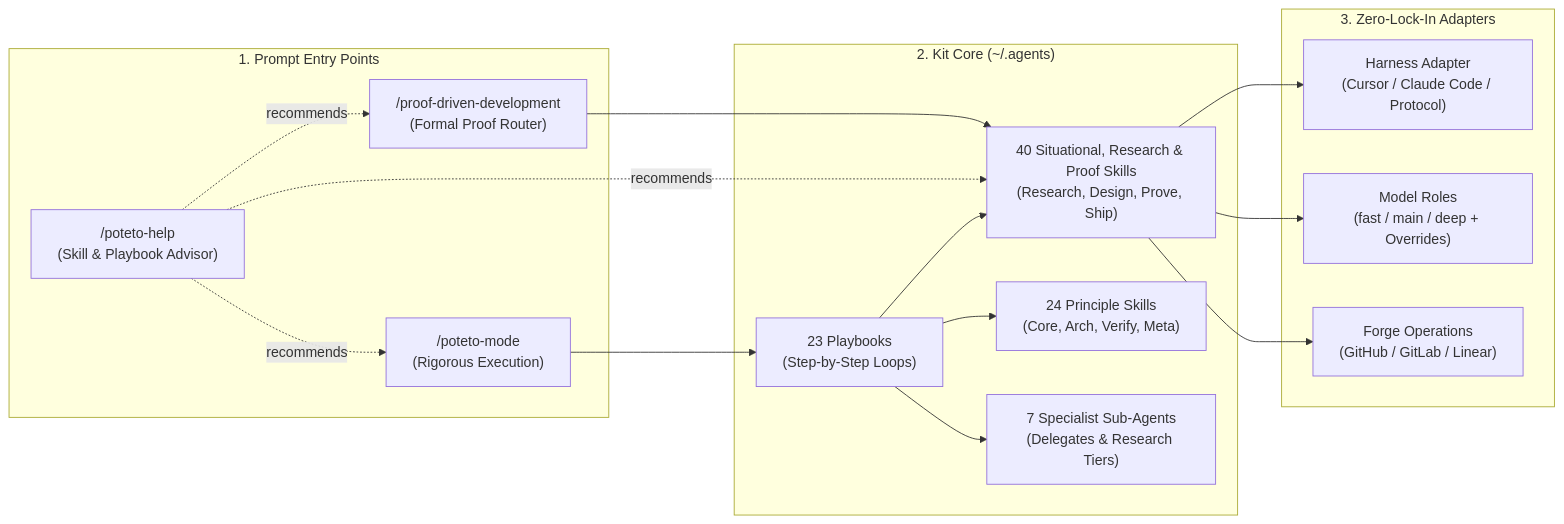
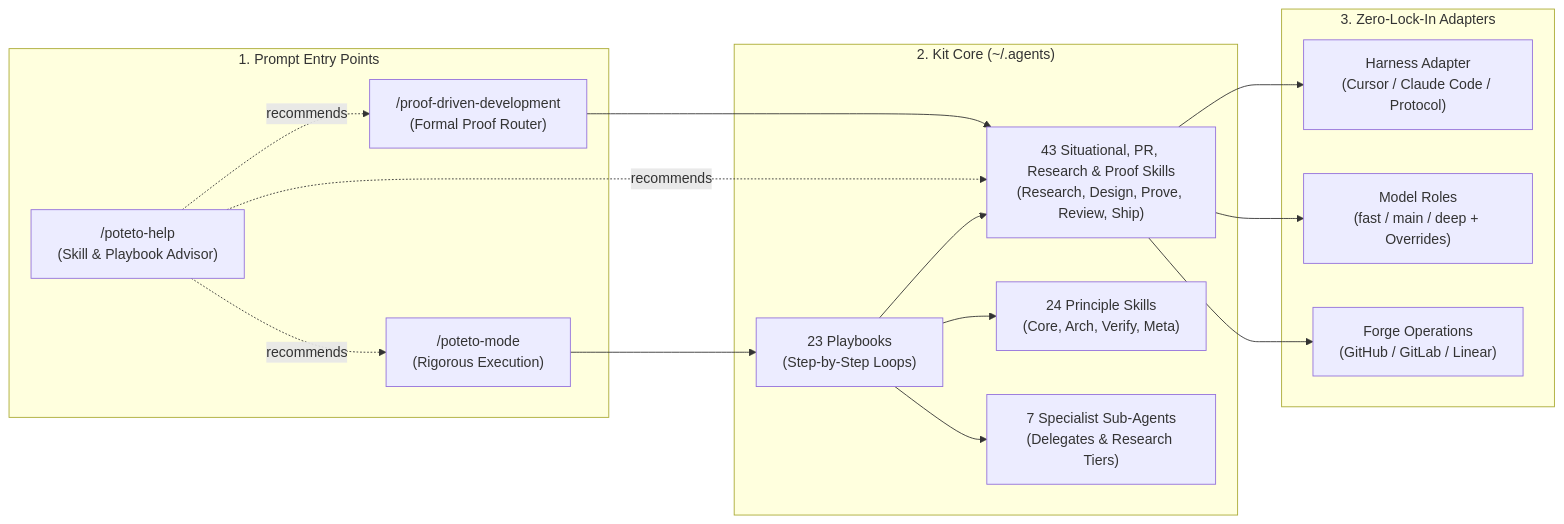
One commit to PhillipChaffee/.agents changed the first of 3 diagrams in README.md. Above: the diagram before and after it, drawn with Mermaid. The commit also changed other lines of this file and 7 other files, not shown here.

Commit message:
feat(skills): add make-pr-easy-to-review, thermo-nuclear-code-quality-review, and synthesized autopilot skills

````diff
--- a/README.md
+++ b/README.md
@@ -11,27 +11,27 @@
 ```mermaid
 flowchart LR
     subgraph Input["1. Prompt Entry Points"]
         PM["/poteto-mode<br/>(Rigorous Execution)"]
         PDD["/proof-driven-development<br/>(Formal Proof Router)"]
         PH["/poteto-help<br/>(Skill & Playbook Advisor)"]
     end
 
     subgraph Engine["2. Kit Core (~/.agents)"]
         PB["23 Playbooks<br/>(Step-by-Step Loops)"]
-        SK["40 Situational, Research & Proof Skills<br/>(Research, Design, Prove, Ship)"]
+        SK["43 Situational, PR, Research & Proof Skills<br/>(Research, Design, Prove, Review, Ship)"]
         PR["24 Principle Skills<br/>(Core, Arch, Verify, Meta)"]
         AG["7 Specialist Sub-Agents<br/>(Delegates & Research Tiers)"]
     end
 
     subgraph Adapters["3. Zero-Lock-In Adapters"]
         HarnessAdapter["Harness Adapter<br/>(Cursor / Claude Code / Protocol)"]
         ModelRoles["Model Roles<br/>(fast / main / deep + Overrides)"]
         ForgeOps["Forge Operations<br/>(GitHub / GitLab / Linear)"]
     end
 
     PM --> PB
     PDD --> SK
     PH -.->|"recommends"| PM & PDD & SK
     PB --> SK & PR & AG
     SK --> HarnessAdapter & ModelRoles & ForgeOps
 ```
````
